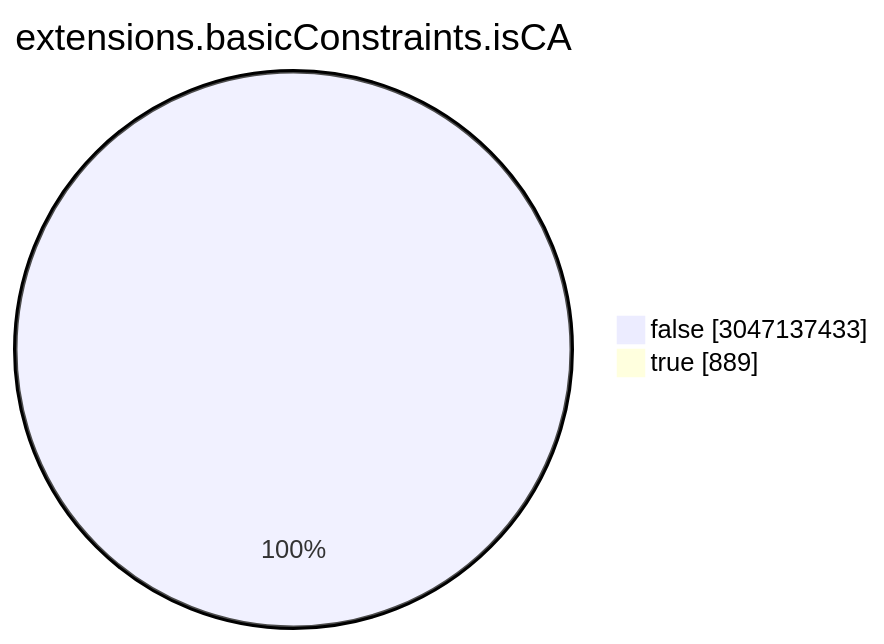
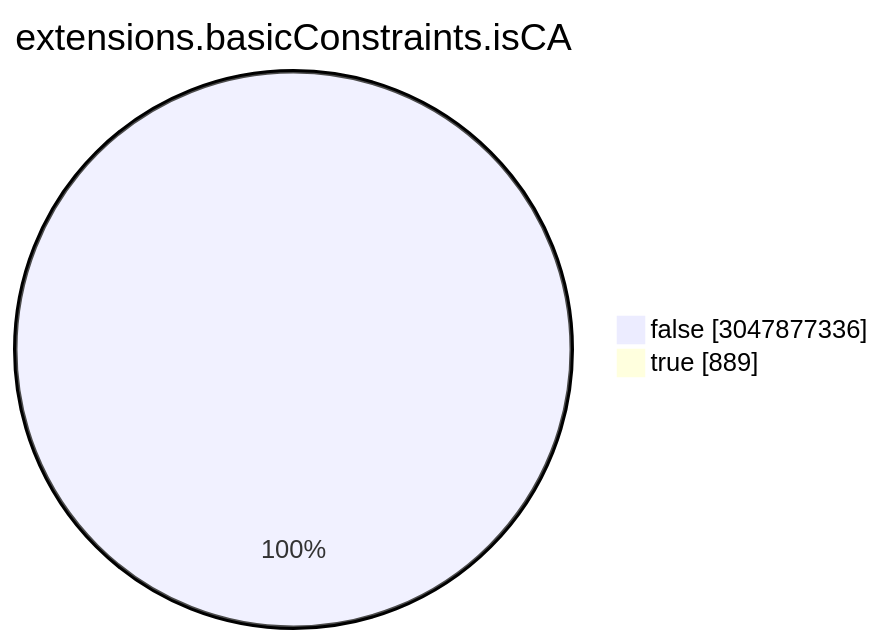
One commit to christiankrug/ctmonitor_visualization changed the seventh of 15 diagrams in TOTAL/README.md. Above: the diagram before and after it, drawn with Mermaid. The commit also changed other lines of this file, not shown here.

````diff
--- a/TOTAL/README.md
+++ b/TOTAL/README.md
@@ -3088,6 +3088,6 @@
 ```mermaid
 pie showData
 title extensions.basicConstraints.isCA
-"false" :3047137433
+"false" :3047877336
 "true" :889
 ```
````
